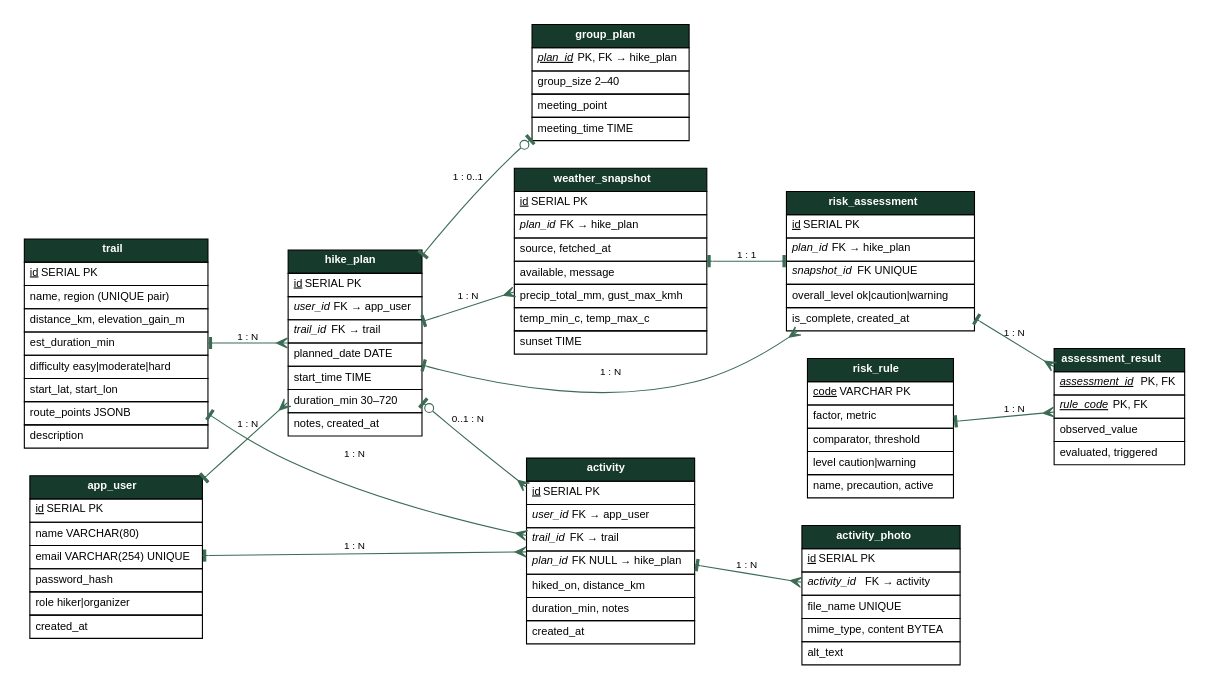
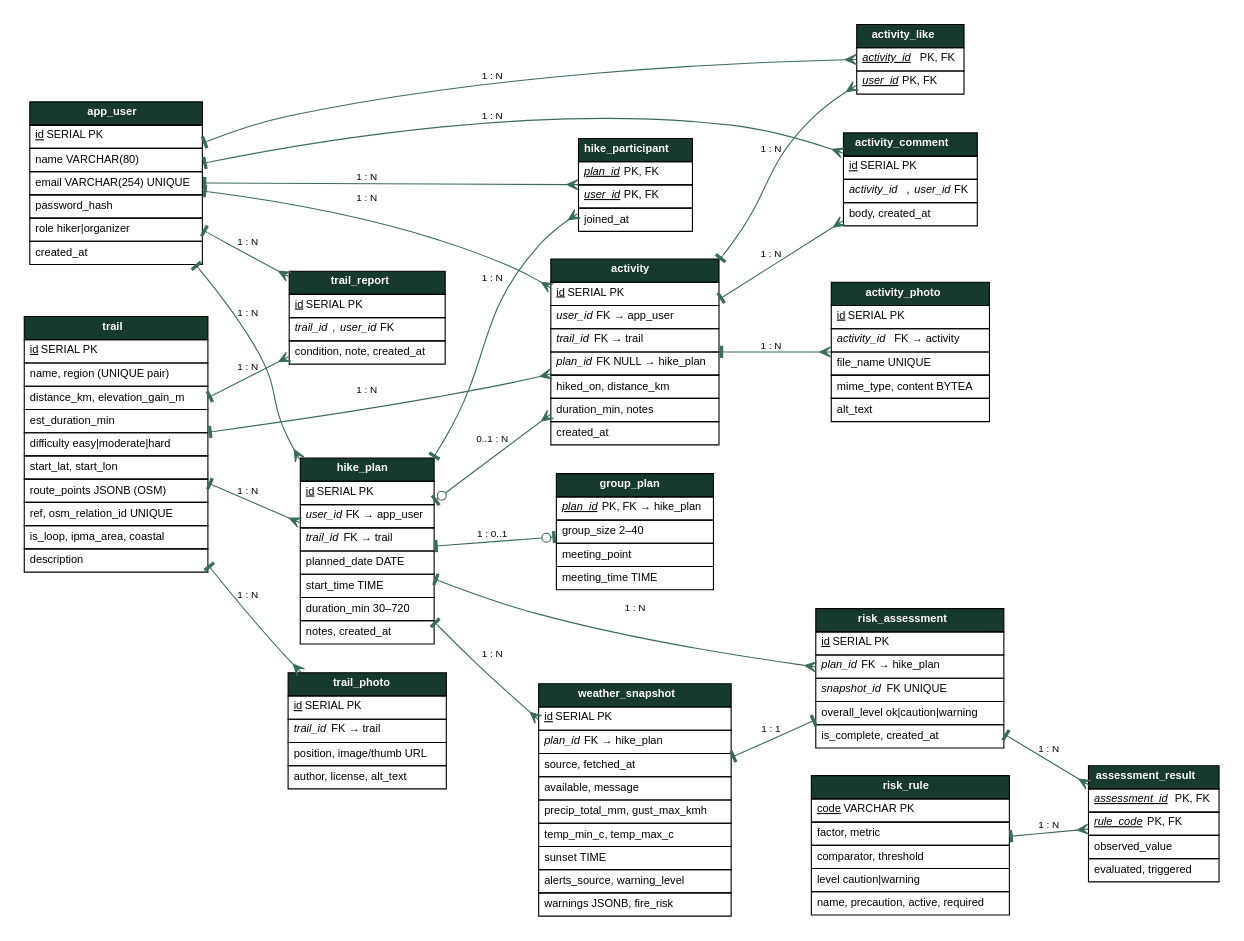
Before and after one commit to amanesenx-ai/trailsense: the diagram in docs/er.dot, drawn with Graphviz. The commit also changed 75 other files, not shown here.

First line of the commit message:
Release 2 (SPEC §8): real OSM trails with interactive map (start/end), Wikimedia photos, IPMA warnings + fire risk, group hikes open to hikers, trail reports, likes/comments, profiles, public REST API /api/v1, migrations, CI

```diff
--- a/docs/er.dot
+++ b/docs/er.dot
@@ -1,28 +1,42 @@
 digraph ER {
   graph [rankdir=LR, bgcolor="white", pad=0.2, nodesep=0.35, ranksep=0.7, fontname="Helvetica"];
   node [shape=plain, fontname="Helvetica", fontsize=10];
   edge [fontname="Helvetica", fontsize=9, color="#3b6b55", arrowhead=crow, arrowtail=tee, dir=both];
   app_user [label=<<table border="0" cellborder="1" cellspacing="0" cellpadding="4"><tr><td bgcolor="#163a2b"><font color="white"><b>app_user</b></font></td></tr><tr><td align="left"><u>id</u> SERIAL PK</td></tr><tr><td align="left">name VARCHAR(80)</td></tr><tr><td align="left">email VARCHAR(254) UNIQUE</td></tr><tr><td align="left">password_hash</td></tr><tr><td align="left">role hiker|organizer</td></tr><tr><td align="left">created_at</td></tr></table>>];
-  trail [label=<<table border="0" cellborder="1" cellspacing="0" cellpadding="4"><tr><td bgcolor="#163a2b"><font color="white"><b>trail</b></font></td></tr><tr><td align="left"><u>id</u> SERIAL PK</td></tr><tr><td align="left">name, region (UNIQUE pair)</td></tr><tr><td align="left">distance_km, elevation_gain_m</td></tr><tr><td align="left">est_duration_min</td></tr><tr><td align="left">difficulty easy|moderate|hard</td></tr><tr><td align="left">start_lat, start_lon</td></tr><tr><td align="left">route_points JSONB</td></tr><tr><td align="left">description</td></tr></table>>];
+  trail [label=<<table border="0" cellborder="1" cellspacing="0" cellpadding="4"><tr><td bgcolor="#163a2b"><font color="white"><b>trail</b></font></td></tr><tr><td align="left"><u>id</u> SERIAL PK</td></tr><tr><td align="left">name, region (UNIQUE pair)</td></tr><tr><td align="left">distance_km, elevation_gain_m</td></tr><tr><td align="left">est_duration_min</td></tr><tr><td align="left">difficulty easy|moderate|hard</td></tr><tr><td align="left">start_lat, start_lon</td></tr><tr><td align="left">route_points JSONB (OSM)</td></tr><tr><td align="left">ref, osm_relation_id UNIQUE</td></tr><tr><td align="left">is_loop, ipma_area, coastal</td></tr><tr><td align="left">description</td></tr></table>>];
   hike_plan [label=<<table border="0" cellborder="1" cellspacing="0" cellpadding="4"><tr><td bgcolor="#163a2b"><font color="white"><b>hike_plan</b></font></td></tr><tr><td align="left"><u>id</u> SERIAL PK</td></tr><tr><td align="left"><i>user_id</i> FK → app_user</td></tr><tr><td align="left"><i>trail_id</i> FK → trail</td></tr><tr><td align="left">planned_date DATE</td></tr><tr><td align="left">start_time TIME</td></tr><tr><td align="left">duration_min 30–720</td></tr><tr><td align="left">notes, created_at</td></tr></table>>];
   group_plan [label=<<table border="0" cellborder="1" cellspacing="0" cellpadding="4"><tr><td bgcolor="#163a2b"><font color="white"><b>group_plan</b></font></td></tr><tr><td align="left"><u><i>plan_id</i></u> PK, FK → hike_plan</td></tr><tr><td align="left">group_size 2–40</td></tr><tr><td align="left">meeting_point</td></tr><tr><td align="left">meeting_time TIME</td></tr></table>>];
-  weather_snapshot [label=<<table border="0" cellborder="1" cellspacing="0" cellpadding="4"><tr><td bgcolor="#163a2b"><font color="white"><b>weather_snapshot</b></font></td></tr><tr><td align="left"><u>id</u> SERIAL PK</td></tr><tr><td align="left"><i>plan_id</i> FK → hike_plan</td></tr><tr><td align="left">source, fetched_at</td></tr><tr><td align="left">available, message</td></tr><tr><td align="left">precip_total_mm, gust_max_kmh</td></tr><tr><td align="left">temp_min_c, temp_max_c</td></tr><tr><td align="left">sunset TIME</td></tr></table>>];
+  weather_snapshot [label=<<table border="0" cellborder="1" cellspacing="0" cellpadding="4"><tr><td bgcolor="#163a2b"><font color="white"><b>weather_snapshot</b></font></td></tr><tr><td align="left"><u>id</u> SERIAL PK</td></tr><tr><td align="left"><i>plan_id</i> FK → hike_plan</td></tr><tr><td align="left">source, fetched_at</td></tr><tr><td align="left">available, message</td></tr><tr><td align="left">precip_total_mm, gust_max_kmh</td></tr><tr><td align="left">temp_min_c, temp_max_c</td></tr><tr><td align="left">sunset TIME</td></tr><tr><td align="left">alerts_source, warning_level</td></tr><tr><td align="left">warnings JSONB, fire_risk</td></tr></table>>];
   risk_assessment [label=<<table border="0" cellborder="1" cellspacing="0" cellpadding="4"><tr><td bgcolor="#163a2b"><font color="white"><b>risk_assessment</b></font></td></tr><tr><td align="left"><u>id</u> SERIAL PK</td></tr><tr><td align="left"><i>plan_id</i> FK → hike_plan</td></tr><tr><td align="left"><i>snapshot_id</i> FK UNIQUE</td></tr><tr><td align="left">overall_level ok|caution|warning</td></tr><tr><td align="left">is_complete, created_at</td></tr></table>>];
-  risk_rule [label=<<table border="0" cellborder="1" cellspacing="0" cellpadding="4"><tr><td bgcolor="#163a2b"><font color="white"><b>risk_rule</b></font></td></tr><tr><td align="left"><u>code</u> VARCHAR PK</td></tr><tr><td align="left">factor, metric</td></tr><tr><td align="left">comparator, threshold</td></tr><tr><td align="left">level caution|warning</td></tr><tr><td align="left">name, precaution, active</td></tr></table>>];
+  risk_rule [label=<<table border="0" cellborder="1" cellspacing="0" cellpadding="4"><tr><td bgcolor="#163a2b"><font color="white"><b>risk_rule</b></font></td></tr><tr><td align="left"><u>code</u> VARCHAR PK</td></tr><tr><td align="left">factor, metric</td></tr><tr><td align="left">comparator, threshold</td></tr><tr><td align="left">level caution|warning</td></tr><tr><td align="left">name, precaution, active, required</td></tr></table>>];
   assessment_result [label=<<table border="0" cellborder="1" cellspacing="0" cellpadding="4"><tr><td bgcolor="#163a2b"><font color="white"><b>assessment_result</b></font></td></tr><tr><td align="left"><u><i>assessment_id</i></u> PK, FK</td></tr><tr><td align="left"><u><i>rule_code</i></u> PK, FK</td></tr><tr><td align="left">observed_value</td></tr><tr><td align="left">evaluated, triggered</td></tr></table>>];
   activity [label=<<table border="0" cellborder="1" cellspacing="0" cellpadding="4"><tr><td bgcolor="#163a2b"><font color="white"><b>activity</b></font></td></tr><tr><td align="left"><u>id</u> SERIAL PK</td></tr><tr><td align="left"><i>user_id</i> FK → app_user</td></tr><tr><td align="left"><i>trail_id</i> FK → trail</td></tr><tr><td align="left"><i>plan_id</i> FK NULL → hike_plan</td></tr><tr><td align="left">hiked_on, distance_km</td></tr><tr><td align="left">duration_min, notes</td></tr><tr><td align="left">created_at</td></tr></table>>];
   activity_photo [label=<<table border="0" cellborder="1" cellspacing="0" cellpadding="4"><tr><td bgcolor="#163a2b"><font color="white"><b>activity_photo</b></font></td></tr><tr><td align="left"><u>id</u> SERIAL PK</td></tr><tr><td align="left"><i>activity_id</i> FK → activity</td></tr><tr><td align="left">file_name UNIQUE</td></tr><tr><td align="left">mime_type, content BYTEA</td></tr><tr><td align="left">alt_text</td></tr></table>>];
 
+  trail_photo [label=<<table border="0" cellborder="1" cellspacing="0" cellpadding="4"><tr><td bgcolor="#163a2b"><font color="white"><b>trail_photo</b></font></td></tr><tr><td align="left"><u>id</u> SERIAL PK</td></tr><tr><td align="left"><i>trail_id</i> FK → trail</td></tr><tr><td align="left">position, image/thumb URL</td></tr><tr><td align="left">author, license, alt_text</td></tr></table>>];
+  hike_participant [label=<<table border="0" cellborder="1" cellspacing="0" cellpadding="4"><tr><td bgcolor="#163a2b"><font color="white"><b>hike_participant</b></font></td></tr><tr><td align="left"><u><i>plan_id</i></u> PK, FK</td></tr><tr><td align="left"><u><i>user_id</i></u> PK, FK</td></tr><tr><td align="left">joined_at</td></tr></table>>];
+  trail_report [label=<<table border="0" cellborder="1" cellspacing="0" cellpadding="4"><tr><td bgcolor="#163a2b"><font color="white"><b>trail_report</b></font></td></tr><tr><td align="left"><u>id</u> SERIAL PK</td></tr><tr><td align="left"><i>trail_id</i>, <i>user_id</i> FK</td></tr><tr><td align="left">condition, note, created_at</td></tr></table>>];
+  activity_like [label=<<table border="0" cellborder="1" cellspacing="0" cellpadding="4"><tr><td bgcolor="#163a2b"><font color="white"><b>activity_like</b></font></td></tr><tr><td align="left"><u><i>activity_id</i></u> PK, FK</td></tr><tr><td align="left"><u><i>user_id</i></u> PK, FK</td></tr></table>>];
+  activity_comment [label=<<table border="0" cellborder="1" cellspacing="0" cellpadding="4"><tr><td bgcolor="#163a2b"><font color="white"><b>activity_comment</b></font></td></tr><tr><td align="left"><u>id</u> SERIAL PK</td></tr><tr><td align="left"><i>activity_id</i>, <i>user_id</i> FK</td></tr><tr><td align="left">body, created_at</td></tr></table>>];
+  trail -> trail_photo [label="1 : N"];
+  hike_plan -> hike_participant [label="1 : N"];
+  app_user -> hike_participant [label="1 : N"];
+  trail -> trail_report [label="1 : N"];
+  app_user -> trail_report [label="1 : N"];
+  activity -> activity_like [label="1 : N"];
+  app_user -> activity_like [label="1 : N"];
+  activity -> activity_comment [label="1 : N"];
+  app_user -> activity_comment [label="1 : N"];
   app_user -> hike_plan [label="1 : N"];
   trail -> hike_plan [label="1 : N"];
   hike_plan -> group_plan [label="1 : 0..1", arrowhead=teeodot];
   hike_plan -> weather_snapshot [label="1 : N"];
   hike_plan -> risk_assessment [label="1 : N"];
   weather_snapshot -> risk_assessment [label="1 : 1", arrowhead=tee];
   risk_assessment -> assessment_result [label="1 : N"];
   risk_rule -> assessment_result [label="1 : N"];
   app_user -> activity [label="1 : N"];
   trail -> activity [label="1 : N"];
   hike_plan -> activity [label="0..1 : N", arrowtail=teeodot];
   activity -> activity_photo [label="1 : N"];
 }
```
